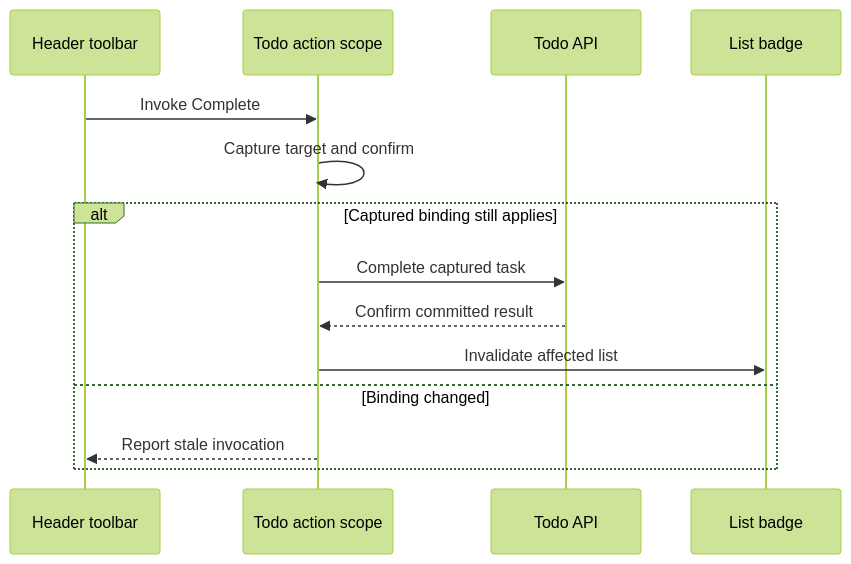
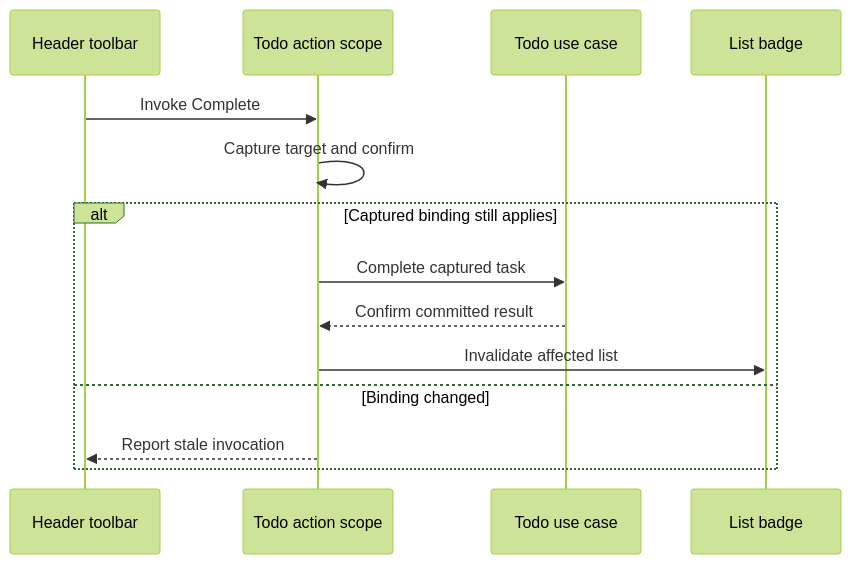
One commit to BridgingIT-GmbH/bITdevKit changed the eighth of 10 diagrams in docs/specs/spec-blazor-presentation-framework.md. Above: the diagram before and after it, drawn with Mermaid (forest theme). The commit also changed other lines of this file, not shown here.

````diff
--- a/docs/specs/spec-blazor-presentation-framework.md
+++ b/docs/specs/spec-blazor-presentation-framework.md
@@ -1287,16 +1362,16 @@
 ```mermaid
 sequenceDiagram
     participant H as Header toolbar
     participant S as Todo action scope
-    participant A as Todo API
+    participant A as Todo use case
     participant N as List badge
     H->>S: Invoke Complete
     S->>S: Capture target and confirm
     alt Captured binding still applies
         S->>A: Complete captured task
         A-->>S: Confirm committed result
         S->>N: Invalidate affected list
     else Binding changed
         S-->>H: Report stale invocation
     end
 ```
````
